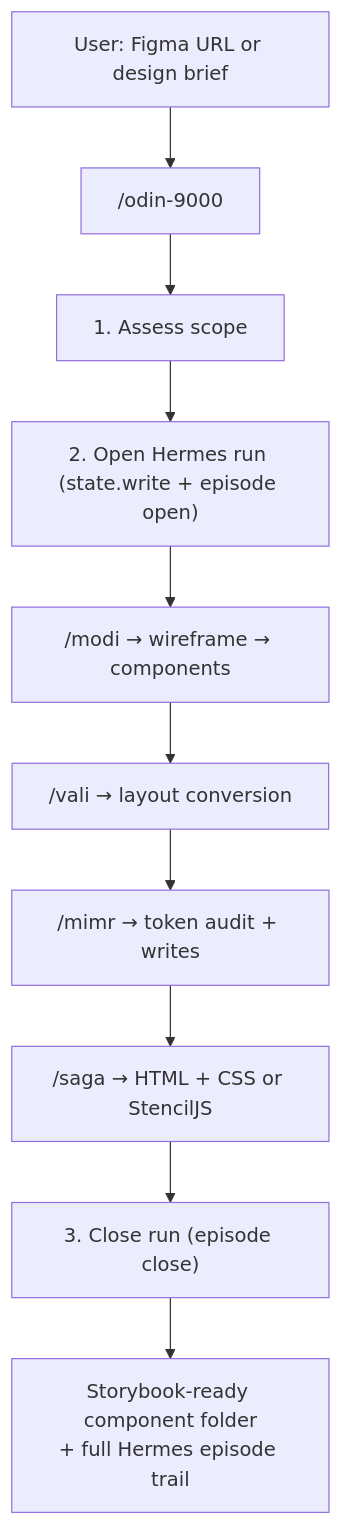
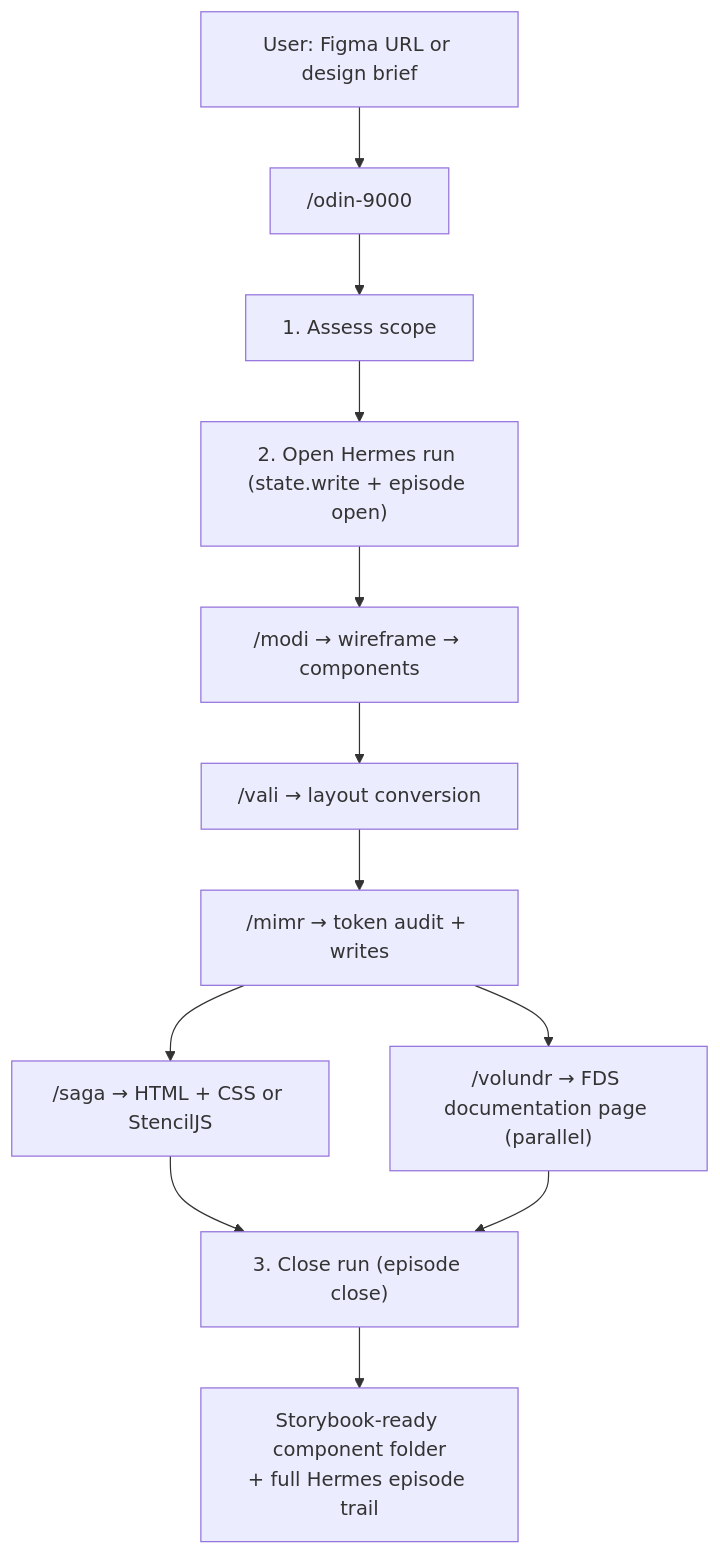
The second of 5 diagrams in README.md (massimonastasi/odin-9000-flow), drawn with Mermaid before and after one commit. The commit also changed other lines of this file, not shown here.

First line of the commit message:
Add Volundr skill to README docs

````diff
--- a/README.md
+++ b/README.md
@@ -362,12 +363,14 @@
 ```mermaid
 flowchart TD
     U["User: Figma URL or design brief"] --> O["/odin-9000"]
     O --> S1["1. Assess scope"]
     S1 --> S2["2. Open Hermes run (state.write + episode open)"]
     S2 --> M["/modi → wireframe → components"]
     M --> V["/vali → layout conversion"]
     V --> I["/mimr → token audit + writes"]
     I --> G["/saga → HTML + CSS or StencilJS"]
+    I --> D["/volundr → FDS documentation page (parallel)"]
     G --> S3["3. Close run (episode close)"]
+    D --> S3
     S3 --> OUT["Storybook-ready component folder<br/>+ full Hermes episode trail"]
 ```
````
